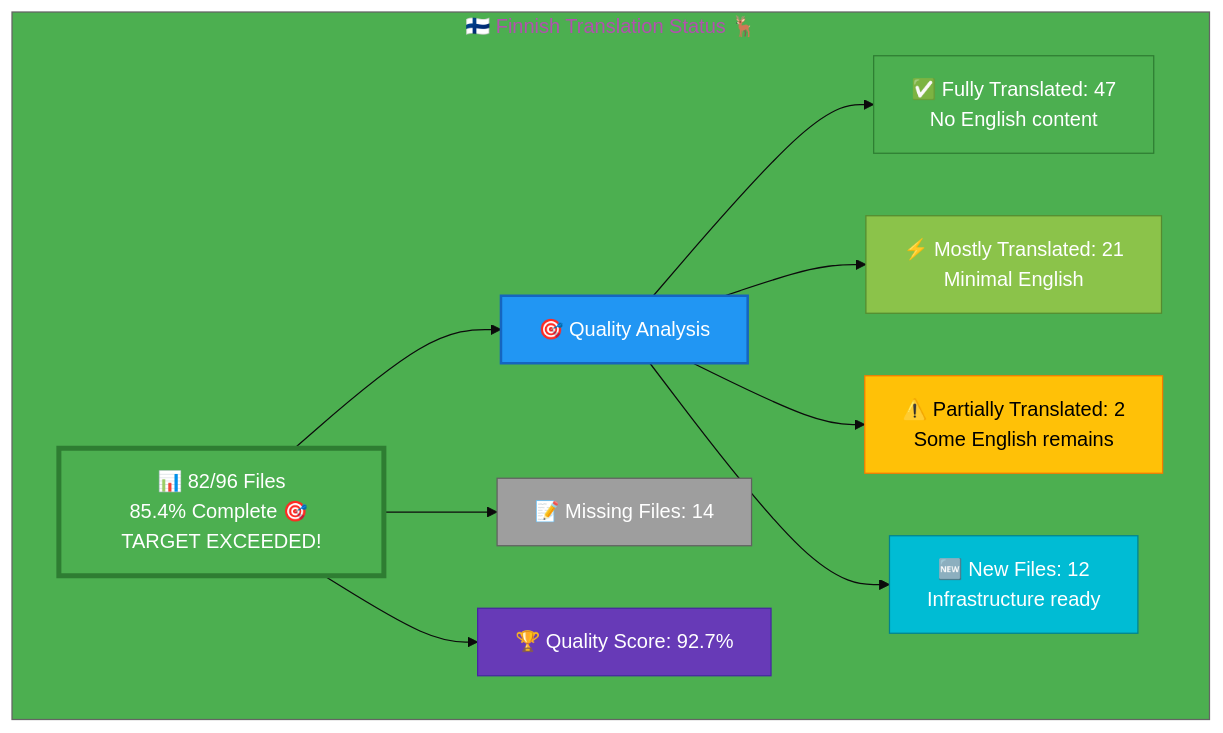
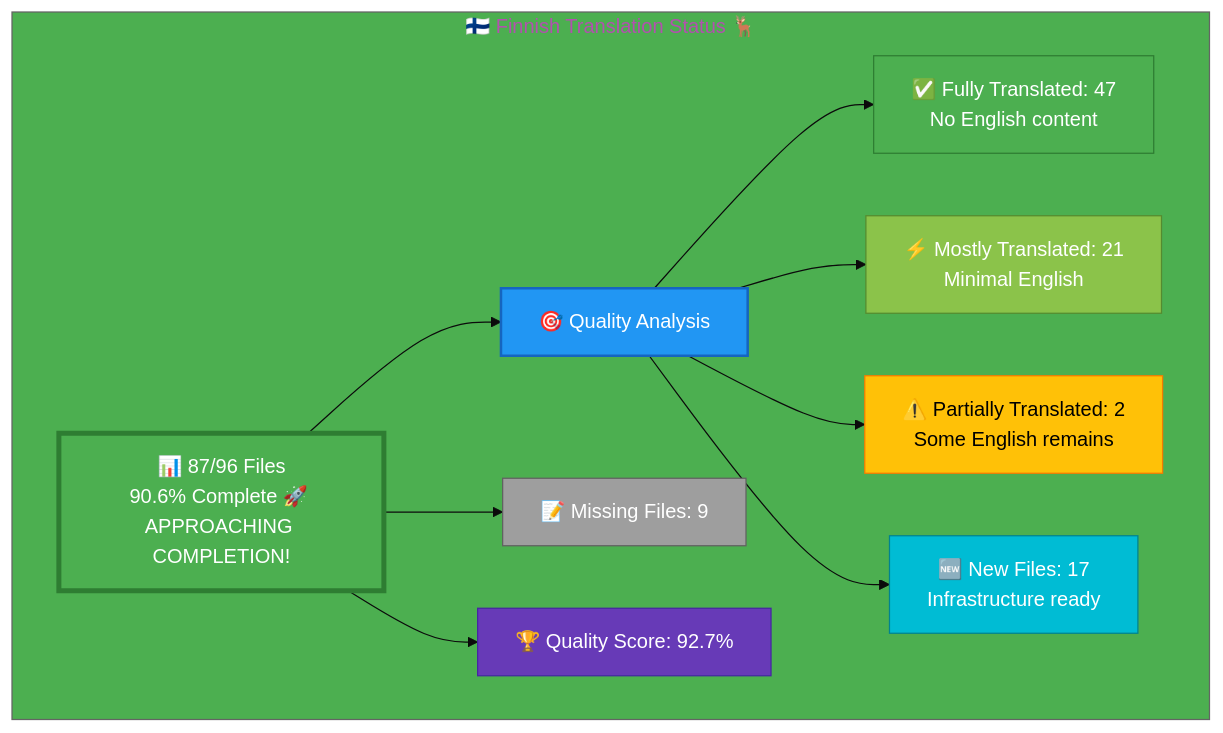
One commit to Hack23/homepage changed the diagram in Finnish-Translation-Status.md. Above: the diagram before and after it, drawn with Mermaid. The commit also changed other lines of this file, not shown here.

Commit message:
docs(i18n): Update Finnish translation status - 90.6% approaching completion

````diff
--- a/Finnish-Translation-Status.md
+++ b/Finnish-Translation-Status.md
@@ -12,26 +12,26 @@
 ```mermaid
 %%{init: {'theme':'base', 'themeVariables': {'primaryColor':'#4CAF50','secondaryColor':'#2196F3','tertiaryColor':'#4CAF50','fontSize':'16px'}}}%%
 graph TB
     subgraph "🇫🇮 Finnish Translation Status 🦌"
-        A["📊 82/96 Files<br/>85.4% Complete 🎯 TARGET EXCEEDED!"]
+        A["📊 87/96 Files<br/>90.6% Complete 🚀 APPROACHING COMPLETION!"]
         
         A --> B["🎯 Quality Analysis"]
         B --> C["✅ Fully Translated: 47<br/>No English content"]
         B --> D["⚡ Mostly Translated: 21<br/>Minimal English"]
         B --> E["⚠️  Partially Translated: 2<br/>Some English remains"]
-        B --> F["🆕 New Files: 12<br/>Infrastructure ready"]
+        B --> F["🆕 New Files: 17<br/>Infrastructure ready"]
         
-        A --> G["📝 Missing Files: 14"]
+        A --> G["📝 Missing Files: 9"]
         
         A --> H["🏆 Quality Score: 92.7%"]
         
         style A fill:#4CAF50,stroke:#2E7D32,color:#fff,stroke-width:4px
         style B fill:#2196F3,stroke:#1565C0,color:#fff,stroke-width:2px
         style C fill:#4CAF50,stroke:#2E7D32,color:#fff
         style D fill:#8BC34A,stroke:#558B2F,color:#fff
         style E fill:#FFC107,stroke:#F57C00,color:#000
         style F fill:#00BCD4,stroke:#00838F,color:#fff
         style G fill:#9E9E9E,stroke:#616161,color:#fff
         style H fill:#673AB7,stroke:#4527A0,color:#fff
     end
 ```
````
